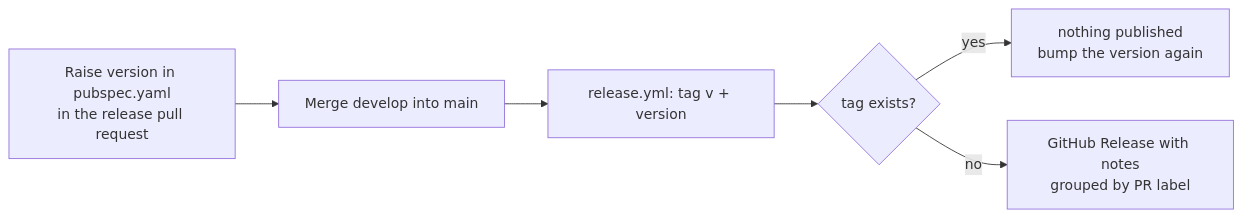
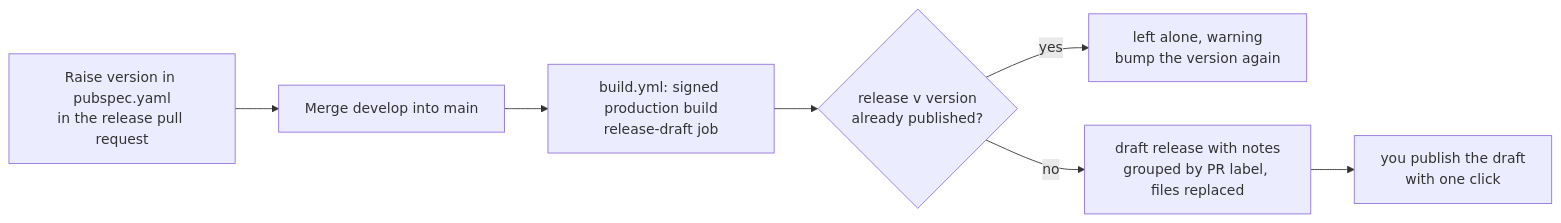
Before and after one commit to alihaidar0/flutter-template: the tenth of 12 diagrams in README.md, drawn with Mermaid. The commit also changed other lines of this file and 10 other files, not shown here.

````diff
--- a/README.md
+++ b/README.md
@@ -720,8 +774,9 @@
 ```mermaid
 flowchart LR
     V["Raise version in pubspec.yaml<br/>in the release pull request"] --> M["Merge develop into main"]
-    M --> J["release.yml: tag v + version"]
-    J --> E{"tag exists?"}
-    E -- yes --> N["nothing published<br/>bump the version again"]
-    E -- no --> R["GitHub Release with notes<br/>grouped by PR label"]
+    M --> J["build.yml: signed production build<br/>release-draft job"]
+    J --> E{"release v version<br/>already published?"}
+    E -- yes --> N["left alone, warning<br/>bump the version again"]
+    E -- no --> R["draft release with notes<br/>grouped by PR label, files replaced"]
+    R --> P["you publish the draft<br/>with one click"]
 ```
````
